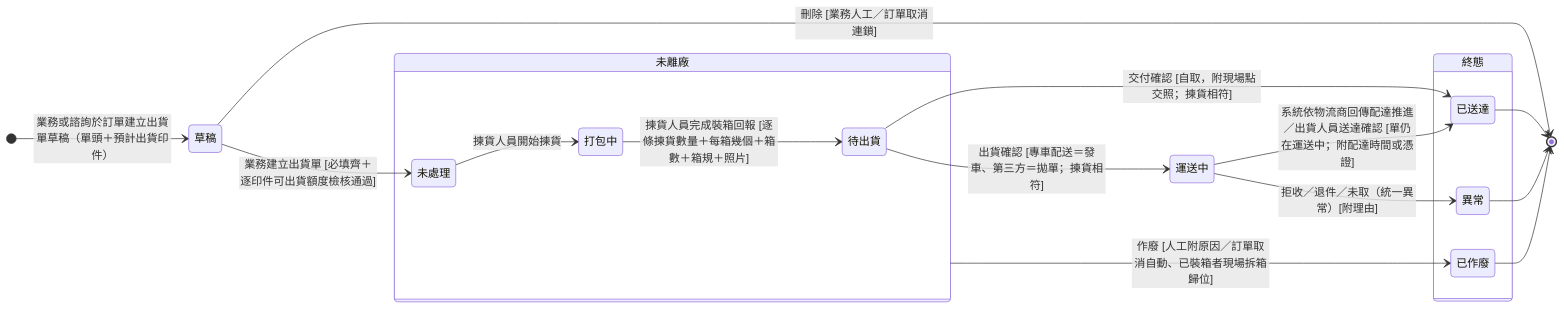
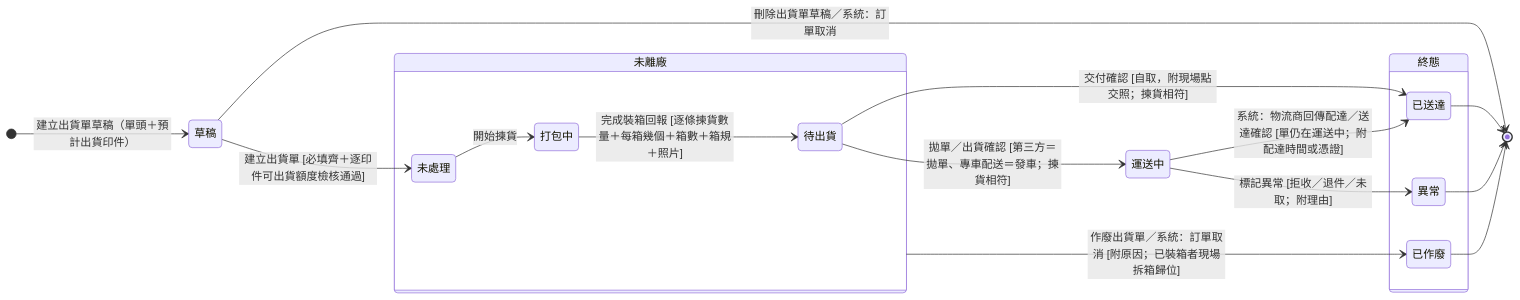
The diagram in memory/Sens_wiki/wiki/erp/06-state-machines/出貨單狀態.md (Kawato-Miles/erp-spec), drawn with Mermaid before and after one commit. The commit also changed other lines of this file and 30 other files, not shown here.

````diff
--- a/memory/Sens_wiki/wiki/erp/06-state-machines/出貨單狀態.md
+++ b/memory/Sens_wiki/wiki/erp/06-state-machines/出貨單狀態.md
@@ -44,38 +47,38 @@
 ```mermaid
 stateDiagram-v2
     direction LR
 
     state "草稿" as s_draft
 
-    [*] --> s_draft : 業務或諮詢於訂單建立出貨單草稿（單頭＋預計出貨印件）
+    [*] --> s_draft : 建立出貨單草稿（單頭＋預計出貨印件）
 
     state "未離廠" as OnSite {
         direction LR
         state "未處理" as s_pending
         state "打包中" as s_packing
         state "待出貨" as s_packed
-        s_pending --> s_packing : 揀貨人員開始揀貨
-        s_packing --> s_packed : 揀貨人員完成裝箱回報 [逐條揀貨數量＋每箱幾個＋箱數＋箱規＋照片]
+        s_pending --> s_packing : 開始揀貨
+        s_packing --> s_packed : 完成裝箱回報 [逐條揀貨數量＋每箱幾個＋箱數＋箱規＋照片]
     }
 
     state "運送中" as s_shipping
 
     state "終態" as Final {
         direction LR
         state "已送達" as s_arrived
         state "異常" as s_failed
         state "已作廢" as s_void
     }
 
-    s_draft --> s_pending : 業務建立出貨單 [必填齊＋逐印件可出貨額度檢核通過]
-    s_draft --> [*] : 刪除 [業務人工／訂單取消連鎖]
-    s_packed --> s_shipping : 出貨確認 [專車配送＝發車、第三方＝拋單；揀貨相符]
+    s_draft --> s_pending : 建立出貨單 [必填齊＋逐印件可出貨額度檢核通過]
+    s_draft --> [*] : 刪除出貨單草稿／系統：訂單取消
+    s_packed --> s_shipping : 拋單／出貨確認 [第三方＝拋單、專車配送＝發車；揀貨相符]
     s_packed --> s_arrived : 交付確認 [自取，附現場點交照；揀貨相符]
-    s_shipping --> s_arrived : 系統依物流商回傳配達推進／出貨人員送達確認 [單仍在運送中；附配達時間或憑證]
-    s_shipping --> s_failed : 拒收／退件／未取（統一異常）[附理由]
-    OnSite --> s_void : 作廢 [人工附原因／訂單取消自動、已裝箱者現場拆箱歸位]
+    s_shipping --> s_arrived : 系統：物流商回傳配達／送達確認 [單仍在運送中；附配達時間或憑證]
+    s_shipping --> s_failed : 標記異常 [拒收／退件／未取；附理由]
+    OnSite --> s_void : 作廢出貨單／系統：訂單取消 [附原因；已裝箱者現場拆箱歸位]
 
     s_arrived --> [*]
     s_failed --> [*]
     s_void --> [*]
 ```
````
